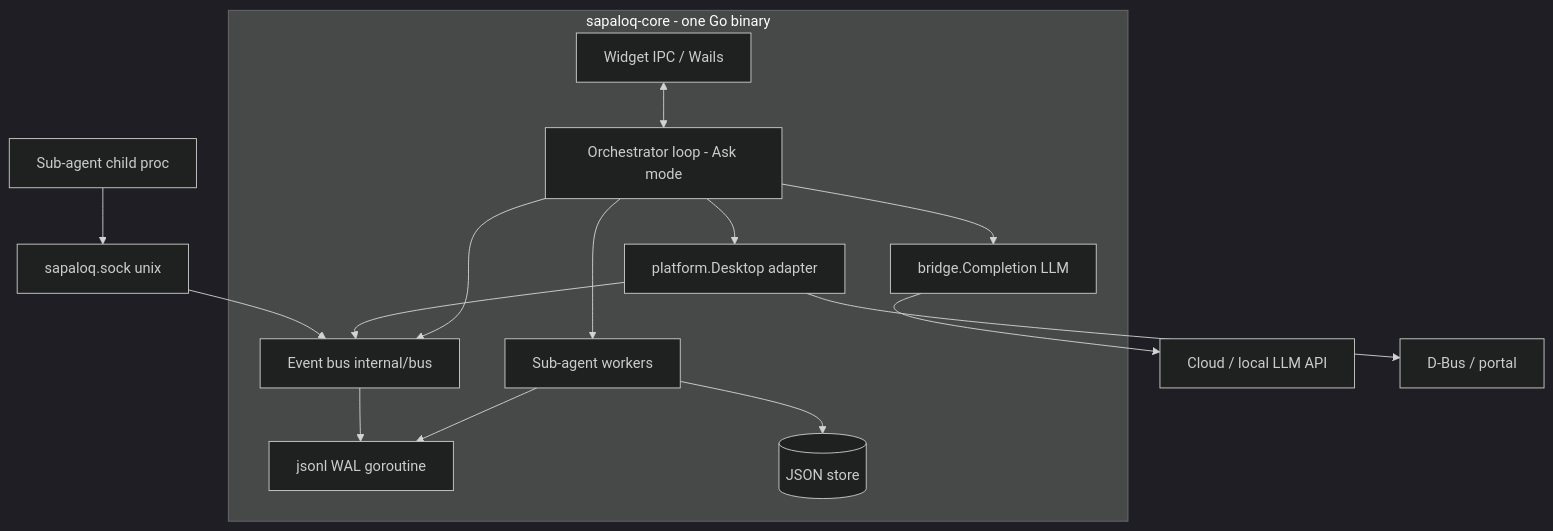
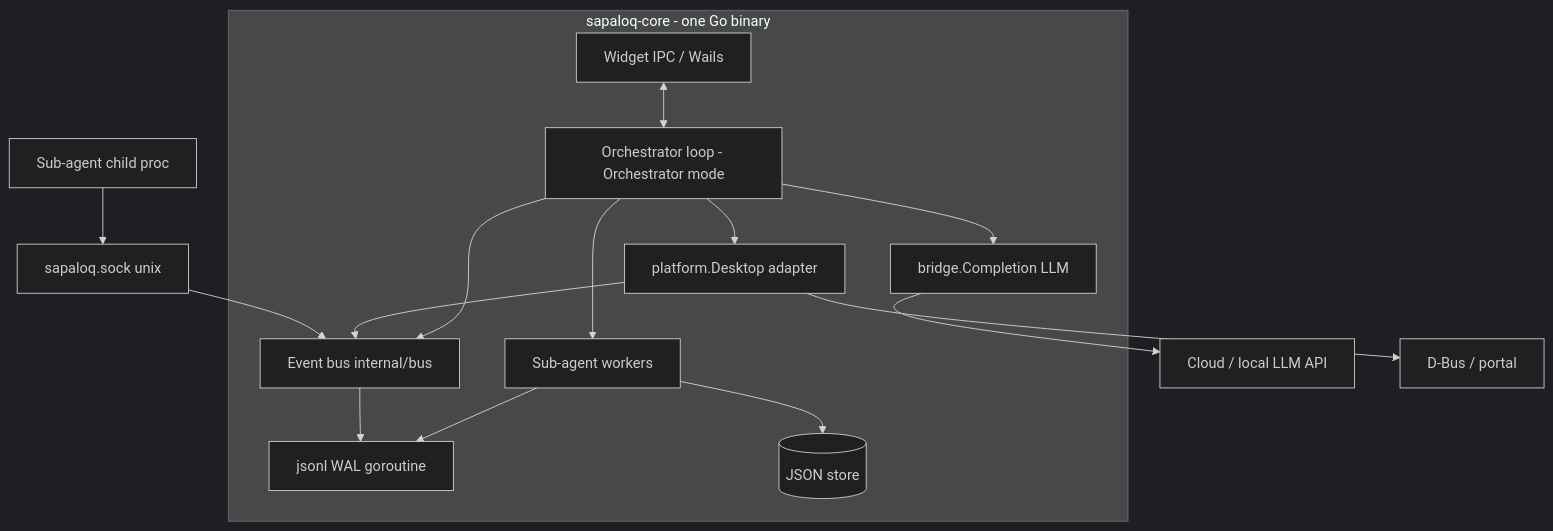
One commit to jahrulnr/sapaloq changed the second of 11 diagrams in docs/BLUEPRINT.md. Above: the diagram before and after it, drawn with Mermaid (dark theme). The commit also changed other lines of this file and 108 other files, not shown here.

````diff
--- a/docs/BLUEPRINT.md
+++ b/docs/BLUEPRINT.md
@@ -276,32 +276,32 @@
 ```mermaid
 flowchart TB
   subgraph core [sapaloq-core - one Go binary]
     UI[Widget IPC / Wails]
-    ORCH[Orchestrator loop - Ask mode]
+    ORCH[Orchestrator loop - Orchestrator mode]
     BUS[Event bus internal/bus]
     WAL[jsonl WAL goroutine]
     SQL[(JSON store)]
     POOL[Sub-agent workers]
     PLAT[platform.Desktop adapter]
     BRG[bridge.Completion LLM]
 
     UI <--> ORCH
     ORCH --> BUS
     ORCH --> POOL
     ORCH --> BRG
     POOL --> SQL
     POOL --> WAL
     BUS --> WAL
     ORCH --> PLAT
     PLAT --> BUS
   end
 
   SOCK[sapaloq.sock unix]
   EXT[Sub-agent child proc]
   EXT --> SOCK --> BUS
 
   LLM[Cloud / local LLM API]
   BRG --> LLM
   DBUS[D-Bus / portal]
   PLAT --> DBUS
 ```
````
